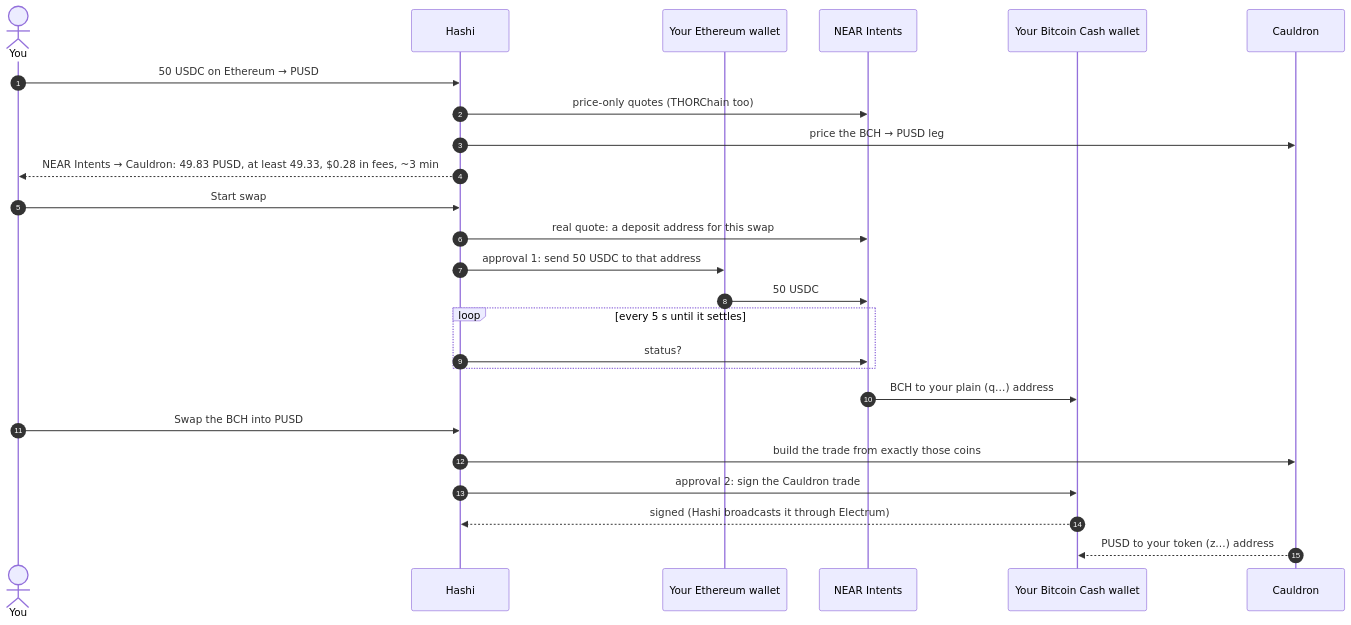
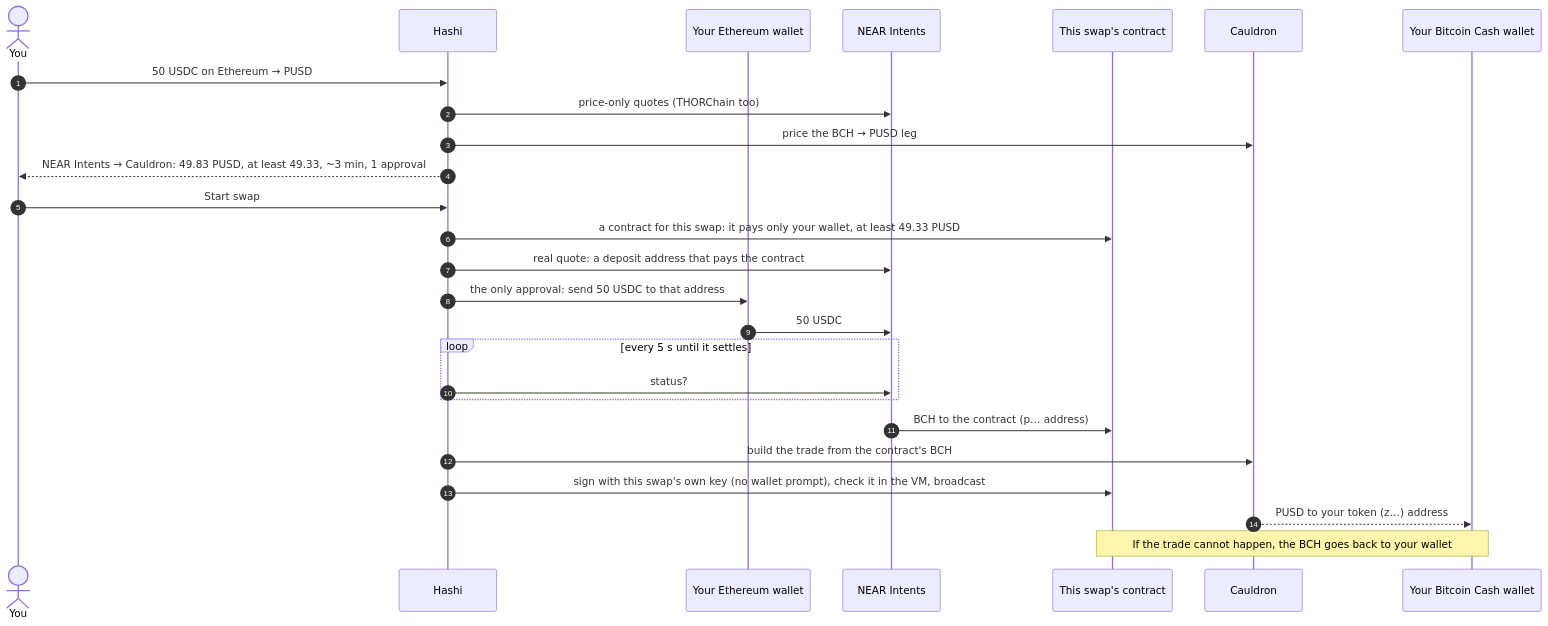
The diagram in .github/diagrams/into-bch.mmd (Blockchain-Oracle/hashi), drawn with Mermaid before and after one commit. The commit also changed 58 other files, not shown here.

First line of the commit message:
One approval into PUSD and MUSD: the bridge pays a swap contract that trades on arrival

```diff
--- a/.github/diagrams/into-bch.mmd
+++ b/.github/diagrams/into-bch.mmd
@@ -1,25 +1,26 @@
 sequenceDiagram
   autonumber
   actor You
   participant H as Hashi
   participant E as Your Ethereum wallet
   participant N as NEAR Intents
+  participant K as This swap's contract
+  participant C as Cauldron
   participant B as Your Bitcoin Cash wallet
-  participant C as Cauldron
   You->>H: 50 USDC on Ethereum → PUSD
   H->>N: price-only quotes (THORChain too)
   H->>C: price the BCH → PUSD leg
-  H-->>You: NEAR Intents → Cauldron: 49.83 PUSD, at least 49.33, $0.28 in fees, ~3 min
+  H-->>You: NEAR Intents → Cauldron: 49.83 PUSD, at least 49.33, ~3 min, 1 approval
   You->>H: Start swap
-  H->>N: real quote: a deposit address for this swap
-  H->>E: approval 1: send 50 USDC to that address
+  H->>K: a contract for this swap: it pays only your wallet, at least 49.33 PUSD
+  H->>N: real quote: a deposit address that pays the contract
+  H->>E: the only approval: send 50 USDC to that address
   E->>N: 50 USDC
   loop every 5 s until it settles
     H->>N: status?
   end
-  N->>B: BCH to your plain (q…) address
-  You->>H: Swap the BCH into PUSD
-  H->>C: build the trade from exactly those coins
-  H->>B: approval 2: sign the Cauldron trade
-  B-->>H: signed (Hashi broadcasts it through Electrum)
+  N->>K: BCH to the contract (p… address)
+  H->>C: build the trade from the contract's BCH
+  H->>K: sign with this swap's own key (no wallet prompt), check it in the VM, broadcast
   C-->>B: PUSD to your token (z…) address
+  Note over K,B: If the trade cannot happen, the BCH goes back to your wallet
```
